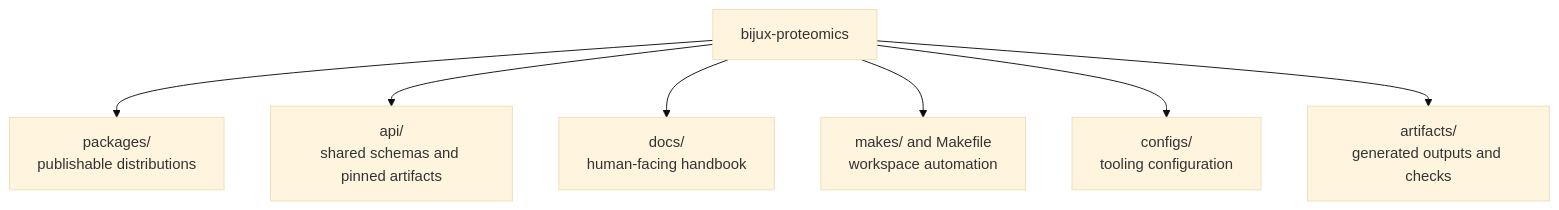
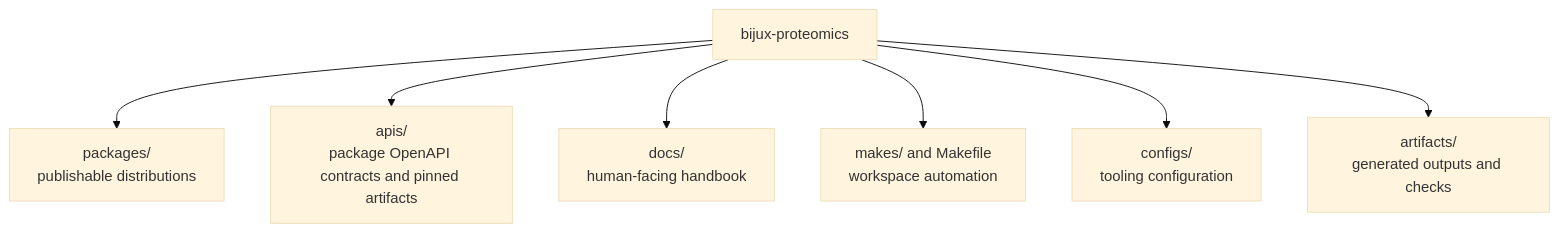
Before and after one commit to bijux/bijux-proteomics: the diagram in docs/bijux-proteomics/workspace-layout.md, drawn with Mermaid (base theme). The commit also changed other lines of this file and 2 other files, not shown here.

Commit message:
docs(apis): align handbook references with apis contract model

````diff
--- a/docs/bijux-proteomics/workspace-layout.md
+++ b/docs/bijux-proteomics/workspace-layout.md
@@ -17,17 +17,17 @@
 ```mermaid
 flowchart TB
     repo["bijux-proteomics"]
     packages["packages/<br/>publishable distributions"]
-    apis["api/<br/>shared schemas and pinned artifacts"]
+    apis["apis/<br/>package OpenAPI contracts and pinned artifacts"]
     docs["docs/<br/>human-facing handbook"]
     makes["makes/ and Makefile<br/>workspace automation"]
     configs["configs/<br/>tooling configuration"]
     artifacts["artifacts/<br/>generated outputs and checks"]
 
     repo --> packages
     repo --> apis
     repo --> docs
     repo --> makes
     repo --> configs
     repo --> artifacts
 ```
````
